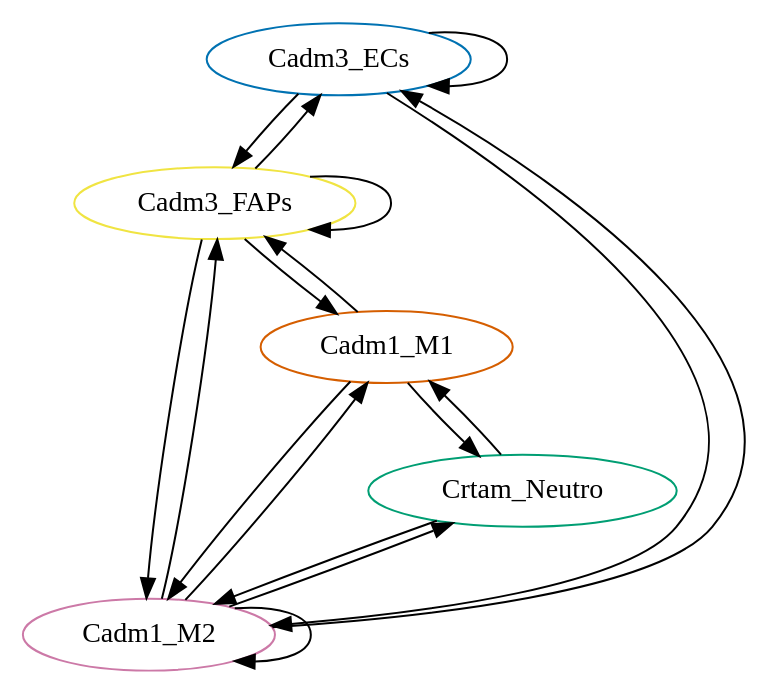
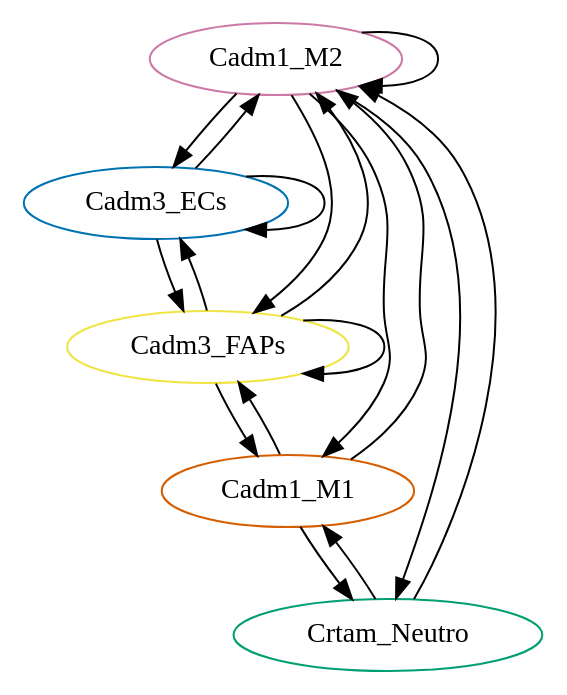
One commit to LeGrand-Lab/BulkAnalysis_plusNetwork changed the diagram in networks_explore/properties/cycle_D2.dot. Above: the diagram before and after it, drawn with Graphviz. The commit also changed other lines of this file and 7 other files, not shown here.

```diff
--- a/networks_explore/properties/cycle_D2.dot
+++ b/networks_explore/properties/cycle_D2.dot
@@ -1,78 +1,78 @@
 digraph "" {
+	Cadm1_M2	[averagexp=0.4333912691303236,
+		celltype=M2,
+		color="#CC79A7",
+		genesym=Cadm1,
+		nodetype=receiver];
+	Cadm1_M2 -> Cadm1_M2	[ecolor="#CC79A7",
+		origtype=Cadm1_M2,
+		weight=0.1878279921583925];
 	Cadm3_ECs	[averagexp=0.3177102277270478,
 		celltype=ECs,
 		color="#0072B2",
 		genesym=Cadm3,
 		nodetype=receiver];
-	Cadm3_ECs -> Cadm3_ECs	[ecolor="#0072B2",
-		origtype=Cadm3_ECs,
-		weight=0.1009397888023725];
+	Cadm1_M2 -> Cadm3_ECs	[ecolor="#CC79A7",
+		origtype=Cadm1_M2,
+		weight=0.1376928388103093];
+	Crtam_Neutro	[averagexp=0.5427557308636116,
+		celltype=Neutro,
+		color="#009E73",
+		genesym=Crtam,
+		nodetype=sender];
+	Cadm1_M2 -> Crtam_Neutro	[ecolor="#CC79A7",
+		origtype=Cadm1_M2,
+		weight=0.235225595026737];
 	Cadm3_FAPs	[averagexp=0.4801038431365237,
 		celltype=FAPs,
 		color="#F0E442",
 		genesym=Cadm3,
 		nodetype=receiver];
-	Cadm3_ECs -> Cadm3_FAPs	[ecolor="#0072B2",
-		origtype=Cadm3_ECs,
-		weight=0.1525339013355357];
-	Cadm1_M2	[averagexp=0.4333912691303236,
-		celltype=M2,
-		color="#CC79A7",
-		genesym=Cadm1,
-		nodetype=receiver];
-	Cadm3_ECs -> Cadm1_M2	[ecolor="#0072B2",
-		origtype=Cadm3_ECs,
-		weight=0.1376928388103093];
+	Cadm1_M2 -> Cadm3_FAPs	[ecolor="#CC79A7",
+		origtype=Cadm1_M2,
+		weight=0.2080728138912838];
 	Cadm1_M1	[averagexp=0.2509703489935885,
 		celltype=M1,
 		color="#D55E00",
 		genesym=Cadm1,
 		nodetype=receiver];
+	Cadm1_M2 -> Cadm1_M1	[ecolor="#CC79A7",
+		origtype=Cadm1_M2,
+		weight=0.1087683580644115];
+	Cadm3_ECs -> Cadm1_M2	[ecolor="#0072B2",
+		origtype=Cadm3_ECs,
+		weight=0.1376928388103093];
+	Cadm3_ECs -> Cadm3_ECs	[ecolor="#0072B2",
+		origtype=Cadm3_ECs,
+		weight=0.1009397888023725];
+	Cadm3_ECs -> Cadm3_FAPs	[ecolor="#0072B2",
+		origtype=Cadm3_ECs,
+		weight=0.1525339013355357];
+	Crtam_Neutro -> Cadm1_M2	[ecolor="#009E73",
+		origtype=Crtam_Neutro,
+		weight=0.235225595026737];
+	Crtam_Neutro -> Cadm1_M1	[ecolor="#009E73",
+		origtype=Crtam_Neutro,
+		weight=0.1362155951931108];
+	Cadm3_FAPs -> Cadm1_M2	[ecolor="#F0E442",
+		origtype=Cadm3_FAPs,
+		weight=0.2080728138912838];
+	Cadm3_FAPs -> Cadm3_ECs	[ecolor="#F0E442",
+		origtype=Cadm3_FAPs,
+		weight=0.1525339013355357];
+	Cadm3_FAPs -> Cadm3_FAPs	[ecolor="#F0E442",
+		origtype=Cadm3_FAPs,
+		weight=0.2304997001944597];
+	Cadm3_FAPs -> Cadm1_M1	[ecolor="#F0E442",
+		origtype=Cadm3_FAPs,
+		weight=0.1204918290651364];
+	Cadm1_M1 -> Cadm1_M2	[ecolor="#D55E00",
+		origtype=Cadm1_M1,
+		weight=0.1087683580644115];
+	Cadm1_M1 -> Crtam_Neutro	[ecolor="#D55E00",
+		origtype=Cadm1_M1,
+		weight=0.1362155951931108];
 	Cadm1_M1 -> Cadm3_FAPs	[ecolor="#D55E00",
 		origtype=Cadm1_M1,
 		weight=0.1204918290651364];
-	Crtam_Neutro	[averagexp=0.5427557308636116,
-		celltype=Neutro,
-		color="#009E73",
-		genesym=Crtam,
-		nodetype=sender];
-	Cadm1_M1 -> Crtam_Neutro	[ecolor="#D55E00",
-		origtype=Cadm1_M1,
-		weight=0.1362155951931108];
-	Cadm1_M1 -> Cadm1_M2	[ecolor="#D55E00",
-		origtype=Cadm1_M1,
-		weight=0.1087683580644115];
-	Cadm3_FAPs -> Cadm3_ECs	[ecolor="#F0E442",
-		origtype=Cadm3_FAPs,
-		weight=0.1525339013355357];
-	Cadm3_FAPs -> Cadm1_M1	[ecolor="#F0E442",
-		origtype=Cadm3_FAPs,
-		weight=0.1204918290651364];
-	Cadm3_FAPs -> Cadm3_FAPs	[ecolor="#F0E442",
-		origtype=Cadm3_FAPs,
-		weight=0.2304997001944597];
-	Cadm3_FAPs -> Cadm1_M2	[ecolor="#F0E442",
-		origtype=Cadm3_FAPs,
-		weight=0.2080728138912838];
-	Crtam_Neutro -> Cadm1_M1	[ecolor="#009E73",
-		origtype=Crtam_Neutro,
-		weight=0.1362155951931108];
-	Crtam_Neutro -> Cadm1_M2	[ecolor="#009E73",
-		origtype=Crtam_Neutro,
-		weight=0.235225595026737];
-	Cadm1_M2 -> Cadm3_ECs	[ecolor="#CC79A7",
-		origtype=Cadm1_M2,
-		weight=0.1376928388103093];
-	Cadm1_M2 -> Cadm1_M1	[ecolor="#CC79A7",
-		origtype=Cadm1_M2,
-		weight=0.1087683580644115];
-	Cadm1_M2 -> Cadm3_FAPs	[ecolor="#CC79A7",
-		origtype=Cadm1_M2,
-		weight=0.2080728138912838];
-	Cadm1_M2 -> Crtam_Neutro	[ecolor="#CC79A7",
-		origtype=Cadm1_M2,
-		weight=0.235225595026737];
-	Cadm1_M2 -> Cadm1_M2	[ecolor="#CC79A7",
-		origtype=Cadm1_M2,
-		weight=0.1878279921583925];
 }
```
